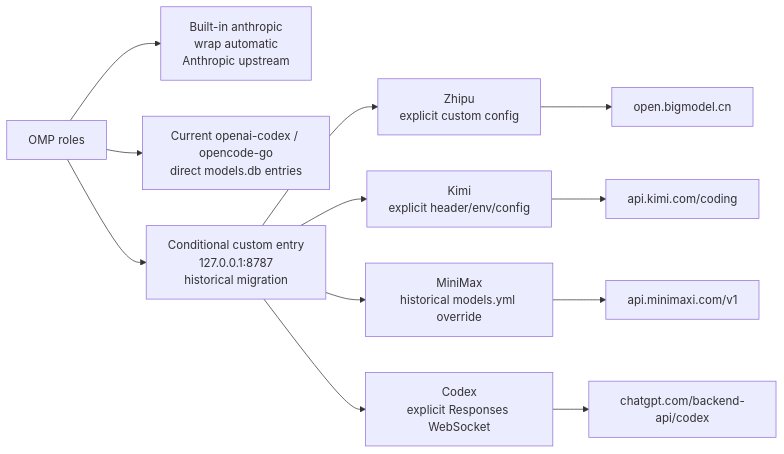
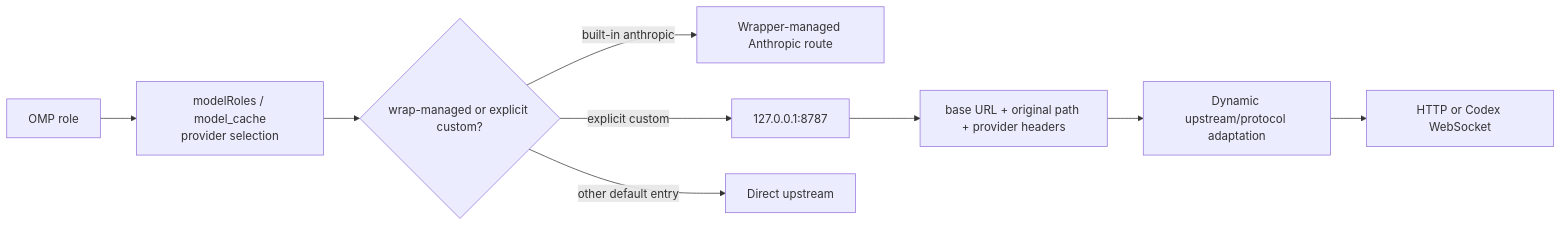
The diagram in src/content/note/en/headroom-single-port-evolution.md (DavidHLP/DavidHLP.github.io), drawn with Mermaid before and after one commit. The commit also changed other lines of this file and 90 other files, not shown here.

````diff
--- a/src/content/note/en/headroom-single-port-evolution.md
+++ b/src/content/note/en/headroom-single-port-evolution.md
@@ -69,14 +20,11 @@
 ```mermaid
 flowchart LR
-  A["OMP roles"] --> AN["Built-in anthropic<br/>wrap automatic<br/>Anthropic upstream"]
-  A --> D["Current openai-codex / opencode-go<br/>direct models.db entries"]
-  A --> H["Conditional custom entry<br/>127.0.0.1:8787<br/>historical migration"]
-  H --> Z["Zhipu<br/>explicit custom config"]
-  H --> K["Kimi<br/>explicit header/env/config"]
-  H --> M["MiniMax<br/>historical models.yml override"]
-  H --> C["Codex<br/>explicit Responses WebSocket"]
-  Z --> ZU["open.bigmodel.cn"]
-  K --> KU["api.kimi.com/coding"]
-  M --> MU["api.minimaxi.com/v1"]
-  C --> CU["chatgpt.com/backend-api/codex"]
+  A[OMP role] --> B[modelRoles / model_cache<br/>provider selection]
+  B --> C{wrap-managed or explicit custom?}
+  C -- built-in anthropic --> D[Wrapper-managed Anthropic route]
+  C -- explicit custom --> E[127.0.0.1:8787]
+  C -- other default entry --> F[Direct upstream]
+  E --> G[base URL + original path + provider headers]
+  G --> H[Dynamic upstream/protocol adaptation]
+  H --> I[HTTP or Codex WebSocket]
 ```
````
